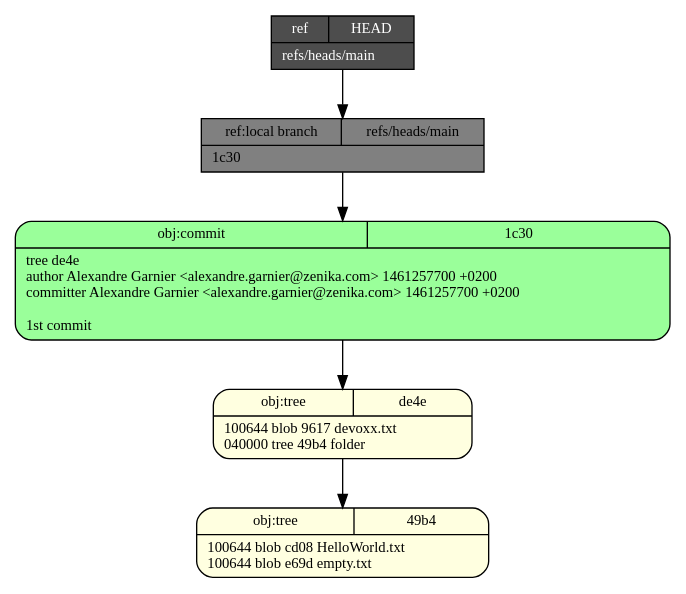
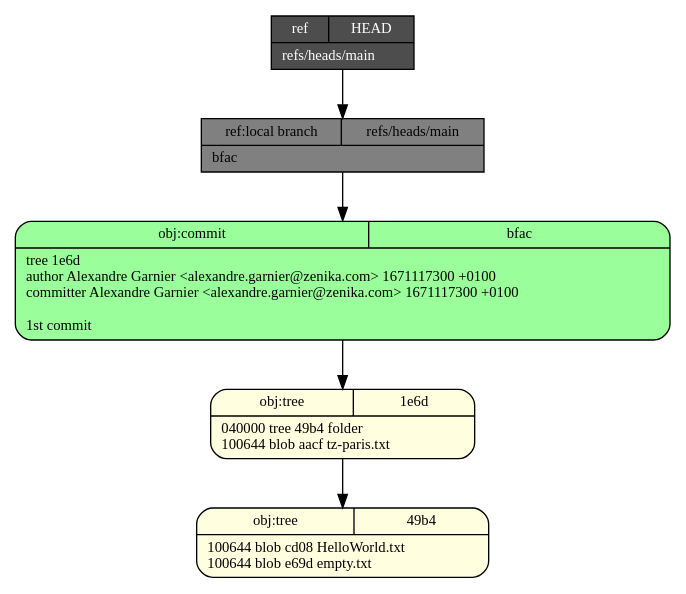
Before and after one commit to zigarn/git-internals: the diagram in tree.dot, drawn with Graphviz. The commit also changed 9 other files, not shown here.

```diff
--- a/tree.dot
+++ b/tree.dot
@@ -1,13 +1,13 @@
 digraph structs {
   node [shape=record,fontsize=11];
   rankdir="TB";
-  _1c30 [fillcolor="palegreen1", style="filled,rounded", label="{{obj:commit|1c30}|tree\ de4e\lauthor\ Alexandre\ Garnier\ \<alexandre\.garnier\@zenika\.com\>\ 1461257700\ \+0200\lcommitter\ Alexandre\ Garnier\ \<alexandre\.garnier\@zenika\.com\>\ 1461257700\ \+0200\l\l1st\ commit\l}"]
-  _1c30 -> _de4e
-  _de4e [fillcolor="lightyellow", style="filled,rounded", label="{{obj:tree|de4e}|100644\ blob\ 9617\	devoxx\.txt\l040000\ tree\ 49b4\	folder\l}"]
-  _de4e -> _49b4
+  _bfac [fillcolor="palegreen1", style="filled,rounded", label="{{obj:commit|bfac}|tree\ 1e6d\lauthor\ Alexandre\ Garnier\ \<alexandre\.garnier\@zenika\.com\>\ 1671117300\ \+0100\lcommitter\ Alexandre\ Garnier\ \<alexandre\.garnier\@zenika\.com\>\ 1671117300\ \+0100\l\l1st\ commit\l}"]
+  _bfac -> _1e6d
+  _1e6d [fillcolor="lightyellow", style="filled,rounded", label="{{obj:tree|1e6d}|040000\ tree\ 49b4\	folder\l100644\ blob\ aacf\	tz-paris\.txt\l}"]
+  _1e6d -> _49b4
   _49b4 [fillcolor="lightyellow", style="filled,rounded", label="{{obj:tree|49b4}|100644\ blob\ cd08\	HelloWorld\.txt\l100644\ blob\ e69d\	empty\.txt\l}"]
-  _refs___heads___main [style=filled, fillcolor=gray,  label="{{ref:local branch|refs\/heads\/main}|1c30\l}"]
-  _refs___heads___main -> _1c30
+  _refs___heads___main [style=filled, fillcolor=gray,  label="{{ref:local branch|refs\/heads\/main}|bfac\l}"]
+  _refs___heads___main -> _bfac
   _HEAD [style=filled, fillcolor=gray30, fontcolor=white,  label="{{ref|HEAD}|refs\/heads\/main\l}"]
   _HEAD -> _refs___heads___main
 }
```
